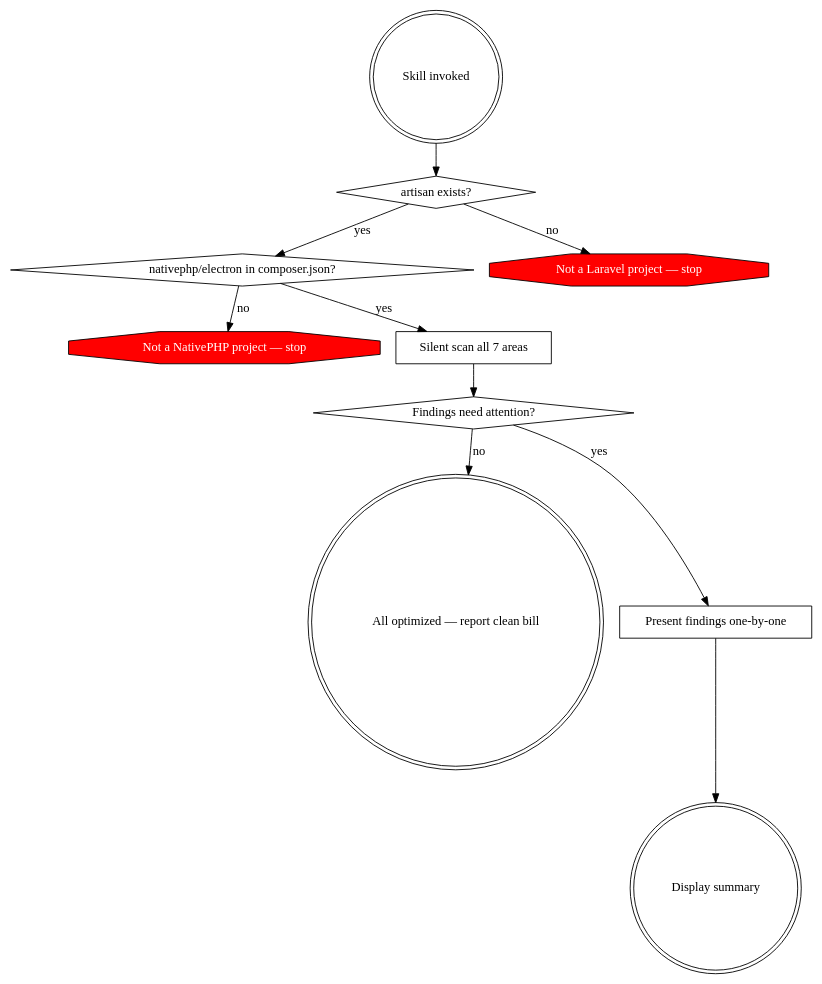
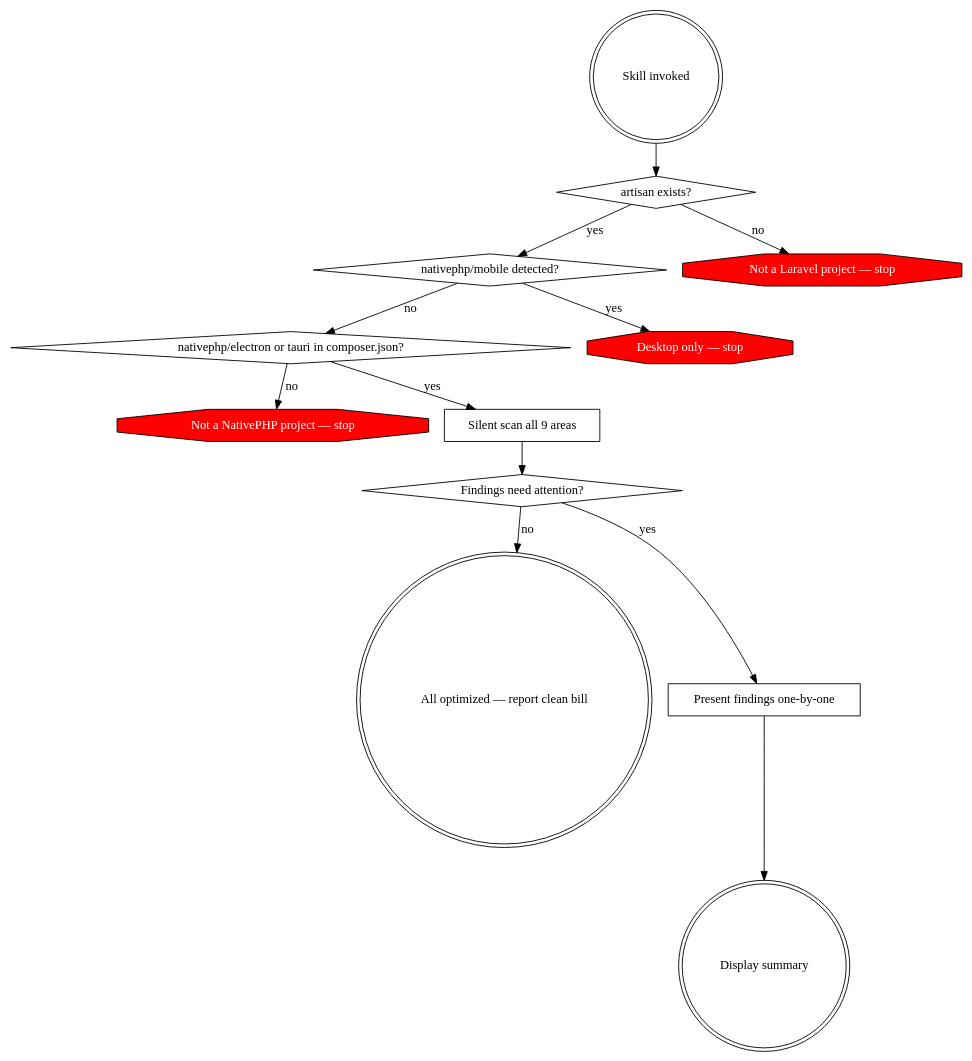
Before and after one commit to DoktorDaveJoos/nativephp-skills: the diagram in skills/php-native-audit/SKILL.md, drawn with Graphviz. The commit also changed other lines of this file and 2 other files, not shown here.

Commit message:
feat: rewrite both skills with grill findings — 9 grouped areas, Tauri support, context-dependent config, build pipeline caching, loading route, Tailwind CDN scanning, add README

````diff
--- a/skills/php-native-audit/SKILL.md
+++ b/skills/php-native-audit/SKILL.md
@@ -14,24 +14,28 @@
 ```dot
 digraph audit_flow {
     "Skill invoked" [shape=doublecircle];
     "artisan exists?" [shape=diamond];
-    "nativephp/electron in composer.json?" [shape=diamond];
+    "nativephp/mobile detected?" [shape=diamond];
+    "nativephp/electron or tauri in composer.json?" [shape=diamond];
     "Not a Laravel project — stop" [shape=octagon, style=filled, fillcolor=red, fontcolor=white];
+    "Desktop only — stop" [shape=octagon, style=filled, fillcolor=red, fontcolor=white];
     "Not a NativePHP project — stop" [shape=octagon, style=filled, fillcolor=red, fontcolor=white];
-    "Silent scan all 7 areas" [shape=box];
+    "Silent scan all 9 areas" [shape=box];
     "Findings need attention?" [shape=diamond];
     "All optimized — report clean bill" [shape=doublecircle];
     "Present findings one-by-one" [shape=box];
     "Display summary" [shape=doublecircle];
 
     "Skill invoked" -> "artisan exists?";
     "artisan exists?" -> "Not a Laravel project — stop" [label="no"];
-    "artisan exists?" -> "nativephp/electron in composer.json?" [label="yes"];
-    "nativephp/electron in composer.json?" -> "Not a NativePHP project — stop" [label="no"];
-    "nativephp/electron in composer.json?" -> "Silent scan all 7 areas" [label="yes"];
-    "Silent scan all 7 areas" -> "Findings need attention?";
+    "artisan exists?" -> "nativephp/mobile detected?" [label="yes"];
+    "nativephp/mobile detected?" -> "Desktop only — stop" [label="yes"];
+    "nativephp/mobile detected?" -> "nativephp/electron or tauri in composer.json?" [label="no"];
+    "nativephp/electron or tauri in composer.json?" -> "Not a NativePHP project — stop" [label="no"];
+    "nativephp/electron or tauri in composer.json?" -> "Silent scan all 9 areas" [label="yes"];
+    "Silent scan all 9 areas" -> "Findings need attention?";
     "Findings need attention?" -> "All optimized — report clean bill" [label="no"];
     "Findings need attention?" -> "Present findings one-by-one" [label="yes"];
     "Present findings one-by-one" -> "Display summary";
 }
 ```
````
